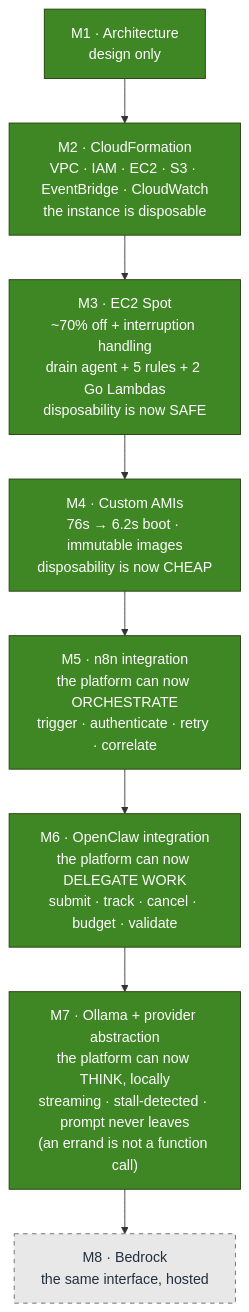
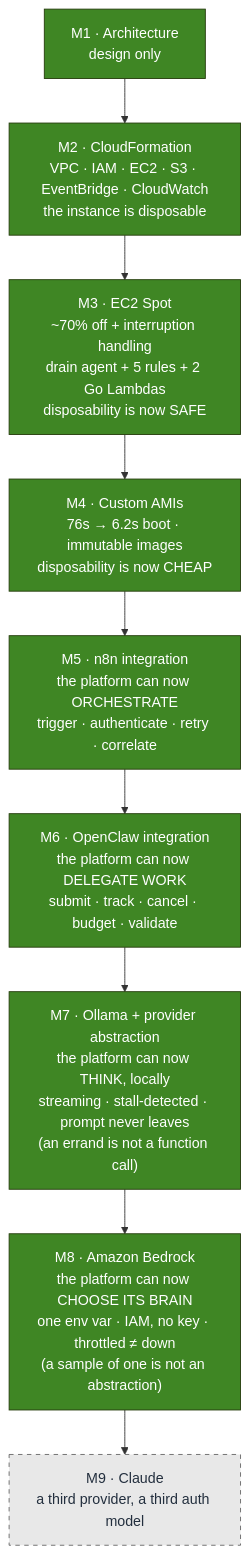
One commit to teddynted/designing-an-ai-agent-platform-on-aws changed the fourth of 4 diagrams in docs/architecture/current-architecture.md. Above: the diagram before and after it, drawn with Mermaid. The commit also changed other lines of this file and 18 other files, not shown here.

First line of the commit message:
feat(bedrock): add Amazon Bedrock as a second llm.Provider

````diff
--- a/docs/architecture/current-architecture.md
+++ b/docs/architecture/current-architecture.md
@@ -243,16 +261,17 @@
 ```mermaid
 flowchart TB
     m1["M1 · Architecture<br/>design only"] --> m2
     m2["M2 · CloudFormation<br/>VPC · IAM · EC2 · S3 · EventBridge · CloudWatch<br/>the instance is disposable"] --> m3
     m3["M3 · EC2 Spot<br/>~70% off + interruption handling<br/>drain agent + 5 rules + 2 Go Lambdas<br/>disposability is now SAFE"] --> m4
     m4["M4 · Custom AMIs<br/>76s → 6.2s boot · immutable images<br/>disposability is now CHEAP"] --> m5
     m5["M5 · n8n integration<br/>the platform can now ORCHESTRATE<br/>trigger · authenticate · retry · correlate"] --> m6
     m6["M6 · OpenClaw integration<br/>the platform can now DELEGATE WORK<br/>submit · track · cancel · budget · validate"] --> m7
     m7["M7 · Ollama + provider abstraction<br/>the platform can now THINK, locally<br/>streaming · stall-detected · prompt never leaves<br/>(an errand is not a function call)"] --> m8
+    m8["M8 · Amazon Bedrock<br/>the platform can now CHOOSE ITS BRAIN<br/>one env var · IAM, no key · throttled ≠ down<br/>(a sample of one is not an abstraction)"] --> m9
 
-    m8["M8 · Bedrock<br/>the same interface, hosted"]:::next
+    m9["M9 · Claude<br/>a third provider, a third auth model"]:::next
 
     classDef done fill:#3F8624,stroke:#243B0B,color:#FFFFFF
     classDef next fill:#E8E8E8,stroke:#666,color:#232F3E,stroke-dasharray: 5 5
-    class m1,m2,m3,m4,m5,m6,m7 done
+    class m1,m2,m3,m4,m5,m6,m7,m8 done
 ```
````
